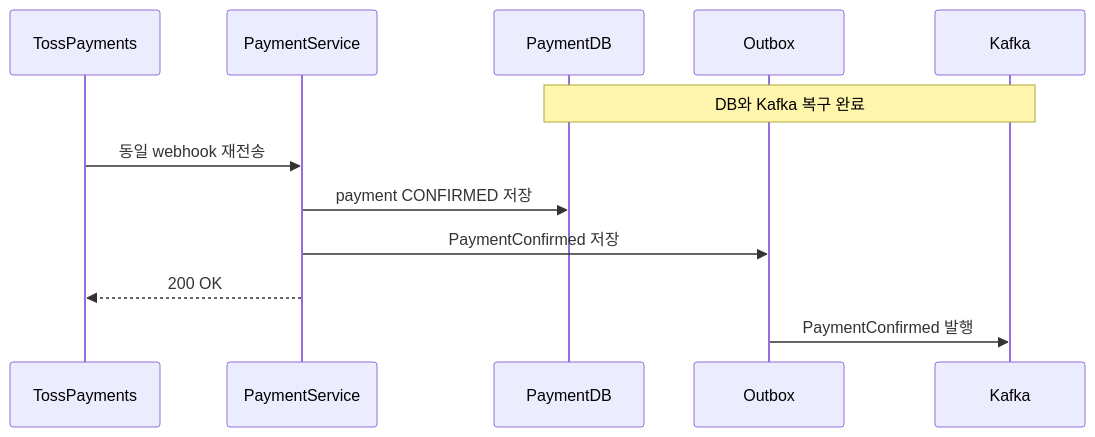
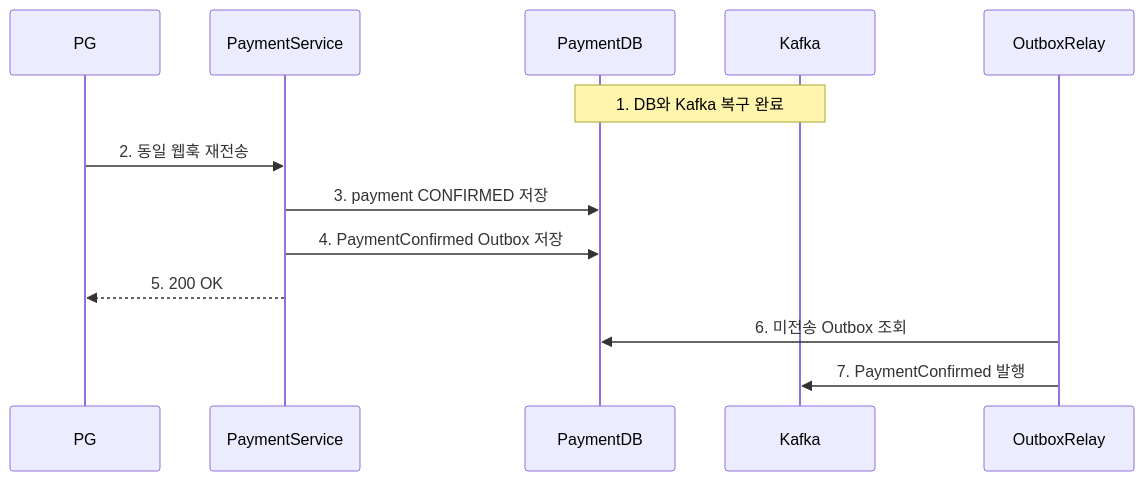
Before and after one commit to Hwasowl/ecommerce: diagram 11 of 11 in README.md, drawn with Mermaid. The commit also changed other lines of this file, not shown here.

````diff
--- a/README.md
+++ b/README.md
@@ -393,17 +378,18 @@
 ```mermaid
 sequenceDiagram
-    participant TossPayments
+    participant PG
     participant PaymentService
     participant PaymentDB
-    participant Outbox
     participant Kafka
+    participant OutboxRelay
 
-    Note over PaymentDB,Kafka: DB와 Kafka 복구 완료
+    Note over PaymentDB,Kafka: 1. DB와 Kafka 복구 완료
 
-    TossPayments->>PaymentService: 동일 webhook 재전송
-    PaymentService->>PaymentDB: payment CONFIRMED 저장
-    PaymentService->>Outbox: PaymentConfirmed 저장
-    PaymentService-->>TossPayments: 200 OK
+    PG->>PaymentService: 2. 동일 웹훅 재전송
+    PaymentService->>PaymentDB: 3. payment CONFIRMED 저장
+    PaymentService->>PaymentDB: 4. PaymentConfirmed Outbox 저장
+    PaymentService-->>PG: 5. 200 OK
 
-    Outbox->>Kafka: PaymentConfirmed 발행
+    OutboxRelay->>PaymentDB: 6. 미전송 Outbox 조회
+    OutboxRelay->>Kafka: 7. PaymentConfirmed 발행
 ```
````
